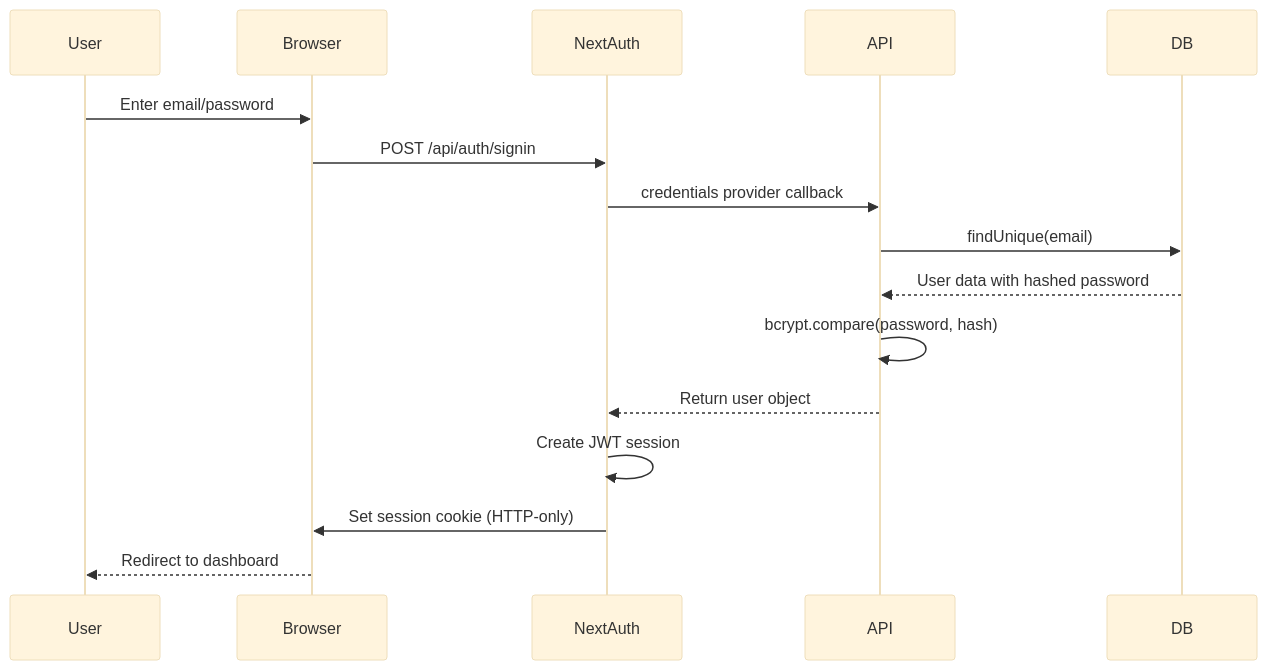
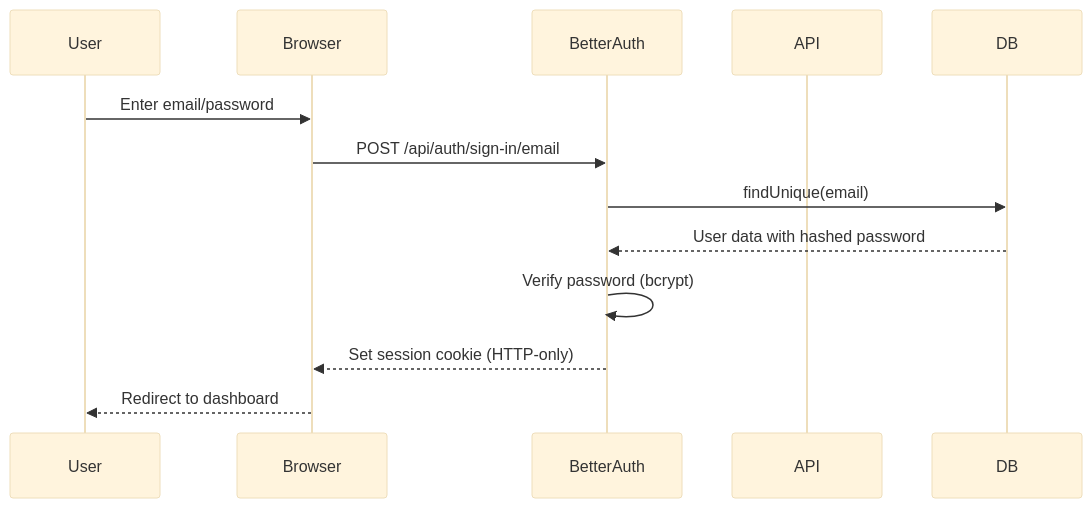
Before and after one commit to human-centric-engineering/sunrise: the first of 2 diagrams in .context/auth/overview.md, drawn with Mermaid (base theme). The commit also changed other lines of this file and 6 other files, not shown here.

````diff
--- a/.context/auth/overview.md
+++ b/.context/auth/overview.md
@@ -13,19 +13,16 @@
 ```mermaid
 sequenceDiagram
     participant User
     participant Browser
-    participant NextAuth
+    participant BetterAuth
     participant API
     participant DB
 
     User->>Browser: Enter email/password
-    Browser->>NextAuth: POST /api/auth/signin
-    NextAuth->>API: credentials provider callback
-    API->>DB: findUnique(email)
-    DB-->>API: User data with hashed password
-    API->>API: bcrypt.compare(password, hash)
-    API-->>NextAuth: Return user object
-    NextAuth->>NextAuth: Create JWT session
-    NextAuth->>Browser: Set session cookie (HTTP-only)
+    Browser->>BetterAuth: POST /api/auth/sign-in/email
+    BetterAuth->>DB: findUnique(email)
+    DB-->>BetterAuth: User data with hashed password
+    BetterAuth->>BetterAuth: Verify password (bcrypt)
+    BetterAuth-->>Browser: Set session cookie (HTTP-only)
     Browser-->>User: Redirect to dashboard
 ```
````
